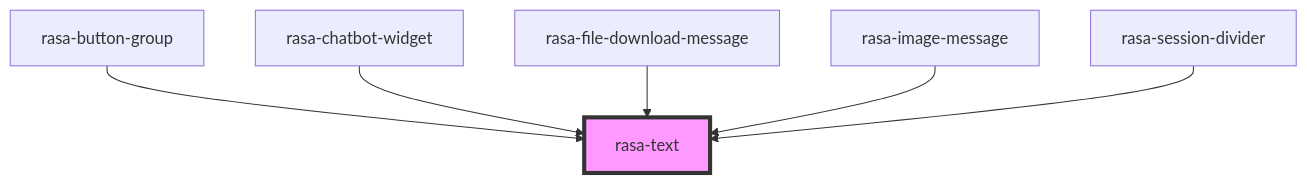
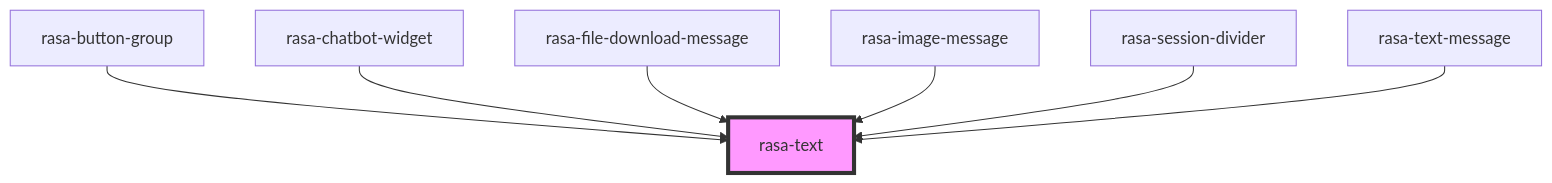
The diagram in packages/web-component/src/components/text/readme.md (RasaHQ/chat-widget), drawn with Mermaid before and after one commit. The commit also changed other lines of this file and 14 other files, not shown here.

Commit message:
Add: Text message component, newline markdown parser

````diff
--- a/packages/web-component/src/components/text/readme.md
+++ b/packages/web-component/src/components/text/readme.md
@@ -26,9 +28,10 @@
 ```mermaid
 graph TD;
   rasa-button-group --> rasa-text
   rasa-chatbot-widget --> rasa-text
   rasa-file-download-message --> rasa-text
   rasa-image-message --> rasa-text
   rasa-session-divider --> rasa-text
+  rasa-text-message --> rasa-text
   style rasa-text fill:#f9f,stroke:#333,stroke-width:4px
 ```
````
